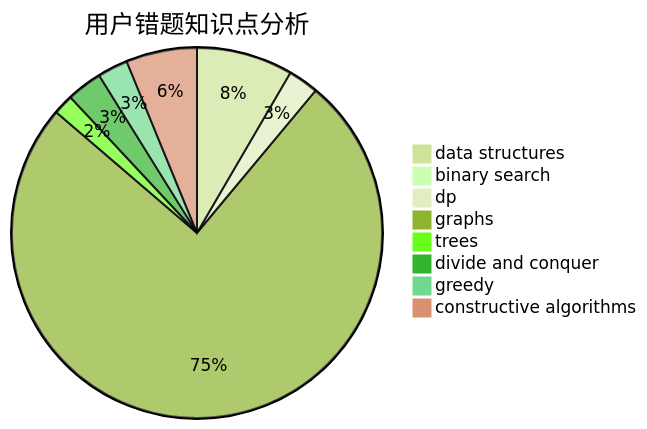
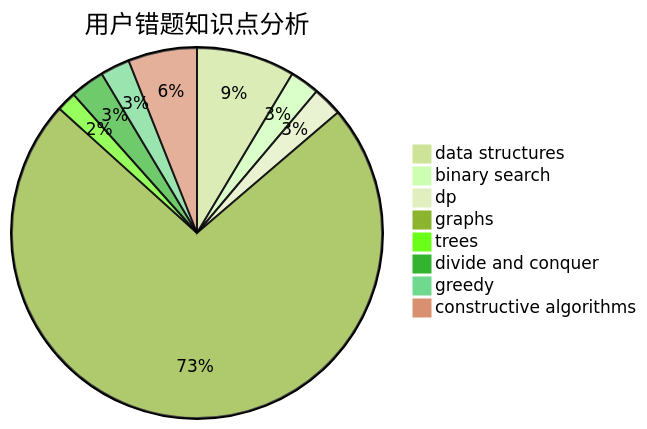
Before and after one commit to sherpahu/cfrs.github.io: the third of 3 diagrams in docs/user/u1902.md, drawn with Mermaid (forest theme). The commit also changed other lines of this file and 2770 other files, not shown here.

````diff
--- a/docs/user/u1902.md
+++ b/docs/user/u1902.md
@@ -36,11 +36,11 @@
 ```mermaid
 pie title 用户错题知识点分析
-    "data structures" :  19
-    "binary search" :  1
+    "data structures" :  20
+    "binary search" :  6
     "dp" :  6
     "graphs" :  170
     "trees" :  4
     "divide and conquer" :  7
     "greedy" :  6
     "constructive algorithms" :  14
 ```
````
